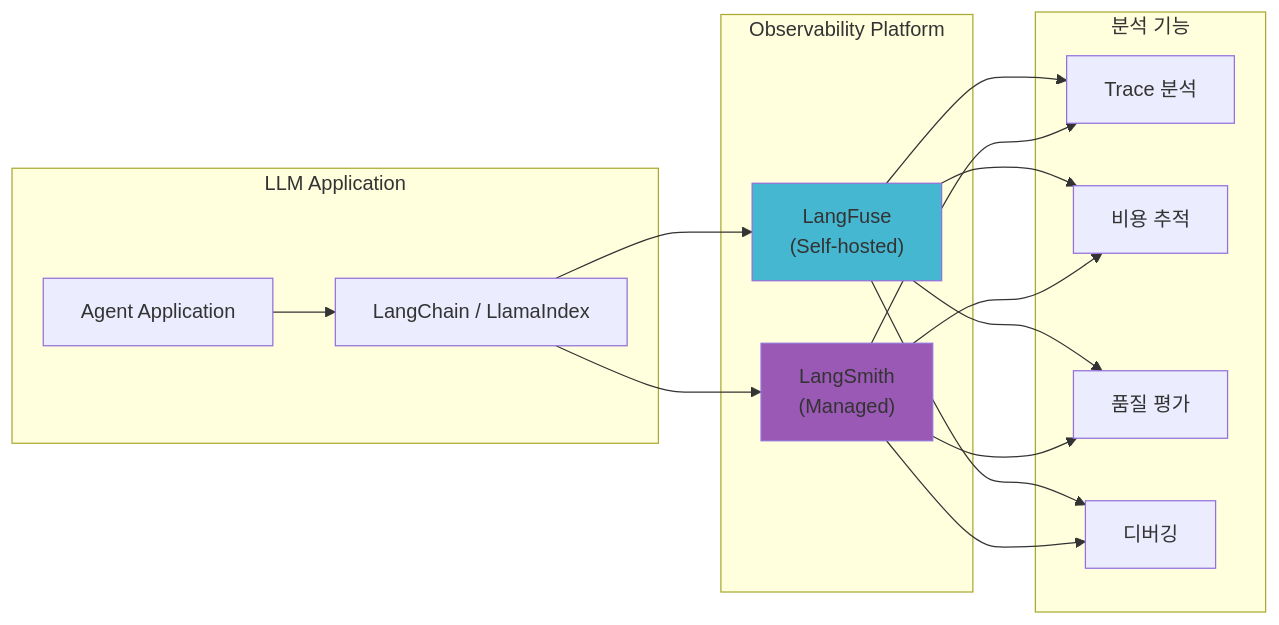
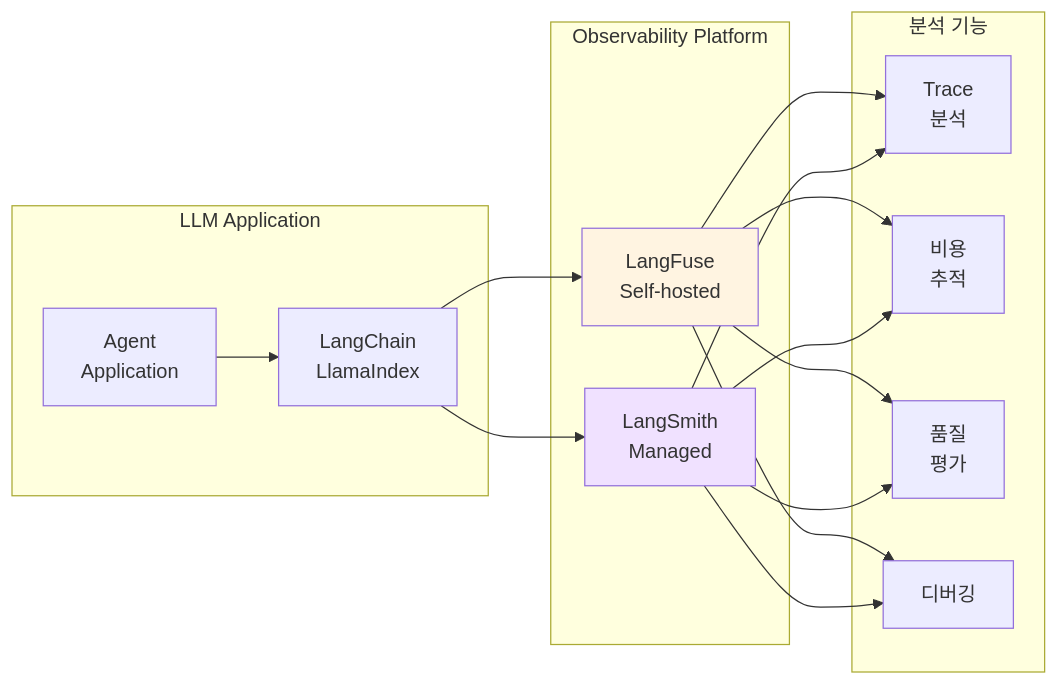
Before and after one commit to devfloor9/engineering-playbook: the seventh of 16 diagrams in docs/agentic-ai-platform/design-architecture/agentic-ai-challenges.md, drawn with Mermaid. The commit also changed other lines of this file and 24 other files, not shown here.

````diff
--- a/docs/agentic-ai-platform/design-architecture/agentic-ai-challenges.md
+++ b/docs/agentic-ai-platform/design-architecture/agentic-ai-challenges.md
@@ -298,28 +299,34 @@
 ```mermaid
-graph LR
-    subgraph "LLM Application"
-        APP["Agent Application"]
-        CHAIN["LangChain / LlamaIndex"]
+flowchart LR
+    subgraph Application["LLM Application"]
+        APP["Agent<br/>Application"]
+        CHAIN["LangChain<br/>LlamaIndex"]
     end
 
-    subgraph "Observability Platform"
-        LF["LangFuse<br/>(Self-hosted)"]
-        LS["LangSmith<br/>(Managed)"]
+    subgraph Platform["Observability Platform"]
+        LF["LangFuse<br/>Self-hosted"]
+        LS["LangSmith<br/>Managed"]
     end
 
-    subgraph "분석 기능"
-        TRACE["Trace 분석"]
-        COST["비용 추적"]
-        EVAL["품질 평가"]
+    subgraph Features["분석 기능"]
+        TRACE["Trace<br/>분석"]
+        COST["비용<br/>추적"]
+        EVAL["품질<br/>평가"]
         DEBUG["디버깅"]
     end
 
     APP --> CHAIN
     CHAIN --> LF
     CHAIN --> LS
-    LF --> TRACE & COST & EVAL & DEBUG
-    LS --> TRACE & COST & EVAL & DEBUG
+    LF --> TRACE
+    LF --> COST
+    LF --> EVAL
+    LF --> DEBUG
+    LS --> TRACE
+    LS --> COST
+    LS --> EVAL
+    LS --> DEBUG
 
-    style LF fill:#45b7d1
-    style LS fill:#9b59b6
+    style LF fill:#fff4e1
+    style LS fill:#f0e1ff
 ```
````
